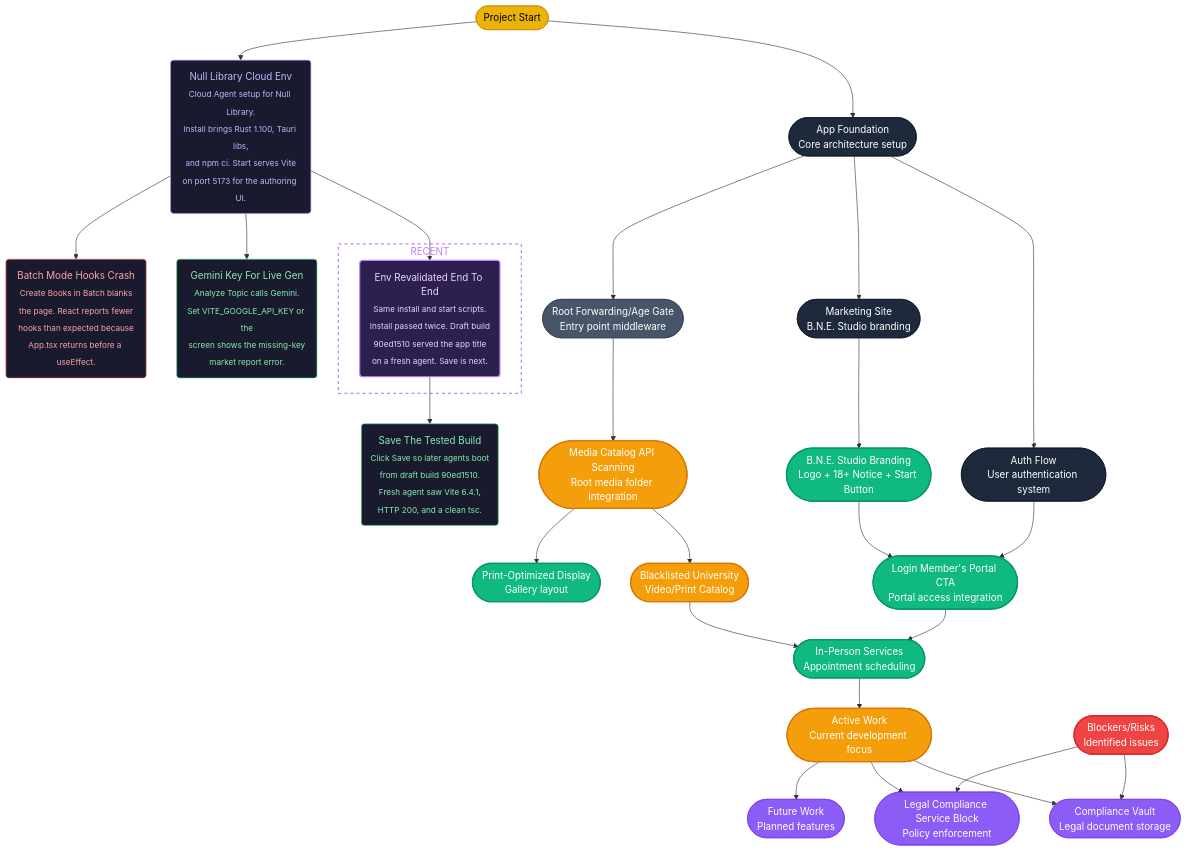
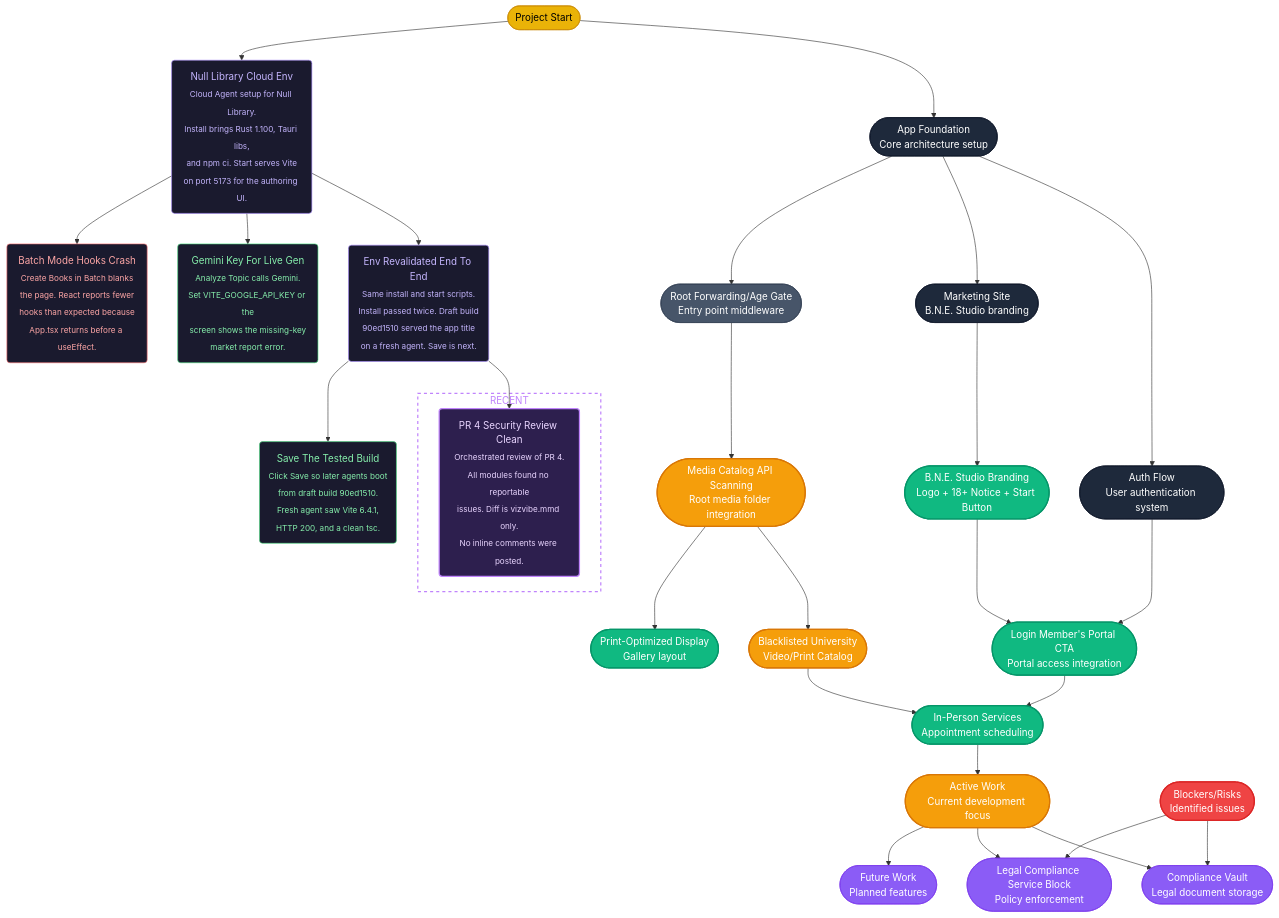
The diagram in vizvibe.mmd (crazyrob425/bne-agency), drawn with Mermaid before and after one commit.

Commit message:
Record the clean security review of PR 4 on the trajectory map.
The orchestrated review found no reportable issues; the PR only
updates vizvibe.mmd, so this node closes that pass and becomes
the recent highlight.

```diff
--- a/vizvibe.mmd
+++ b/vizvibe.mmd
@@ -1,127 +1,132 @@
 flowchart TD
-    %% @lastActive: env_revalidate
+    %% @lastActive: pr4_security_review
     %% Ultimate Goal: B.N.E. Studio as a branded member portal
     %% Current Goal: Save Null Library draft build 90ed1510
 
     %% Mermaid theme configuration
     classDef closed fill:#475569,stroke:#334155,color:#fff,stroke-width:1px
     classDef opened fill:#10b981,stroke:#059669,color:#fff,stroke-width:2px
     classDef in_progress fill:#f59e0b,stroke:#d97706,color:#fff,stroke-width:2px
     classDef future fill:#8b5cf6,stroke:#7c3aed,color:#fff,stroke-width:1px
     
     %% Color scheme: Gold(#eab308) Black(#1e293b) Purple(#8b5cf6) Green(#10b981)
 
     %% @node [closed]
     project_start(["Project Start"]):::closed
     
     %% @node [closed]
     app_foundation(["App Foundation<br/>Core architecture setup"]):::closed
     
     %% @node [closed]
     auth_flow(["Auth Flow<br/>User authentication system"]):::closed
     
     %% @node [closed]
     marketing_site(["Marketing Site<br/>B.N.E. Studio branding"]):::closed
     
     %% @node [opened]
     bne_studio(["B.N.E. Studio Branding<br/>Logo + 18+ Notice + Start Button"]):::opened
     
     %% @node [opened]
     login_portal(["Login Member's Portal CTA<br/>Portal access integration"]):::opened
     
     %% @node [in_progress]
     media_catalog_api(["Media Catalog API Scanning<br/>Root media folder integration"]):::in_progress
     
     %% @node [in_progress]
     blacklisted_university(["Blacklisted University<br/>Video/Print Catalog"]):::in_progress
     
     %% @node [opened]
     print_optimized(["Print-Optimized Display<br/>Gallery layout"]):::opened
     
     %% @node [opened]
     in_person_services(["In-Person Services<br/>Appointment scheduling"]):::opened
     
     %% @node [future]
     compliance_vault(["Compliance Vault<br/>Legal document storage"]):::future
     
     %% @node [future]
     legal_compliance(["Legal Compliance Service Block<br/>Policy enforcement"]):::future
     
     %% @node [opened]
     active_work(["Active Work<br/>Current development focus"]):::opened
     
     %% @node [opened]
     blockers_risks(["Blockers/Risks<br/>Identified issues"]):::opened
     
     %% @node [future]
     future_work(["Future Work<br/>Planned features"]):::future
     
     %% @node [closed]
     root_forwarding(["Root Forwarding/Age Gate<br/>Entry point middleware"]):::closed
 
     %% @cloud_agent_env [ai-task, closed, 2026-11-20, rob]
     cloud_agent_env("Null Library Cloud Env<br/><sub>Cloud Agent setup for Null Library.<br/>Install brings Rust 1.100, Tauri libs,<br/>and npm ci. Start serves Vite<br/>on port 5173 for the authoring UI.</sub>")
 
     %% @env_revalidate [ai-task, closed, 2026-11-21, rob]
     env_revalidate("Env Revalidated End To End<br/><sub>Same install and start scripts.<br/>Install passed twice. Draft build<br/>90ed1510 served the app title<br/>on a fresh agent. Save is next.</sub>")
 
+    %% @pr4_security_review [ai-task, closed, 2026-11-21, cursor]
+    pr4_security_review("PR 4 Security Review Clean<br/><sub>Orchestrated review of PR 4.<br/>All modules found no reportable<br/>issues. Diff is vizvibe.mmd only.<br/>No inline comments were posted.</sub>")
+
     %% @save_cloud_env [human-task, opened, 2026-11-21, rob]
     save_cloud_env("Save The Tested Build<br/><sub>Click Save so later agents boot<br/>from draft build 90ed1510.<br/>Fresh agent saw Vite 6.4.1,<br/>HTTP 200, and a clean tsc.</sub>")
 
     %% @gemini_key [human-task, opened, 2026-11-20, rob]
     gemini_key("Gemini Key For Live Gen<br/><sub>Analyze Topic calls Gemini.<br/>Set VITE_GOOGLE_API_KEY or the<br/>screen shows the missing-key<br/>market report error.</sub>")
 
     %% @batch_hooks_bug [blocker, opened, 2026-11-20, rob]
     batch_hooks_bug("Batch Mode Hooks Crash<br/><sub>Create Books in Batch blanks<br/>the page. React reports fewer<br/>hooks than expected because<br/>App.tsx returns before a useEffect.</sub>")
 
     subgraph recent [RECENT]
-        env_revalidate
+        pr4_security_review
     end
     
     %% Connections
     project_start --> app_foundation
     app_foundation --> auth_flow
     app_foundation --> marketing_site
     auth_flow --> login_portal
     marketing_site --> bne_studio
     bne_studio --> login_portal
     login_portal --> in_person_services
     app_foundation --> root_forwarding
     root_forwarding --> media_catalog_api
     media_catalog_api --> blacklisted_university
     media_catalog_api --> print_optimized
     blacklisted_university --> in_person_services
     in_person_services --> active_work
     active_work --> compliance_vault
     active_work --> legal_compliance
     active_work --> future_work
     blockers_risks --> compliance_vault
     blockers_risks --> legal_compliance
     project_start --> cloud_agent_env
     cloud_agent_env --> env_revalidate
+    env_revalidate --> pr4_security_review
     env_revalidate --> save_cloud_env
     cloud_agent_env --> gemini_key
     cloud_agent_env --> batch_hooks_bug
     
     style project_start fill:#eab308,stroke:#ca8a04,color:#000
     style app_foundation fill:#1e293b,stroke:#0f172a,color:#fff
     style auth_flow fill:#1e293b,stroke:#0f172a,color:#fff
     style marketing_site fill:#1e293b,stroke:#0f172a,color:#fff
     style bne_studio fill:#10b981,stroke:#059669,color:#fff
     style login_portal fill:#10b981,stroke:#059669,color:#fff
     style media_catalog_api fill:#f59e0b,stroke:#d97706,color:#fff
     style blacklisted_university fill:#f59e0b,stroke:#d97706,color:#fff
     style print_optimized fill:#10b981,stroke:#059669,color:#fff
     style in_person_services fill:#10b981,stroke:#059669,color:#fff
     style root_forwarding fill:#475569,stroke:#334155,color:#fff
     style compliance_vault fill:#8b5cf6,stroke:#7c3aed,color:#fff
     style legal_compliance fill:#8b5cf6,stroke:#7c3aed,color:#fff
     style active_work fill:#f59e0b,stroke:#d97706,color:#fff
     style blockers_risks fill:#ef4444,stroke:#dc2626,color:#fff
     style future_work fill:#8b5cf6,stroke:#7c3aed,color:#fff
     style cloud_agent_env fill:#1a1a2e,stroke:#a78bfa,color:#c4b5fd,stroke-width:1px
-    style env_revalidate fill:#2d1f4e,stroke:#c084fc,color:#e9d5ff,stroke-width:2px
+    style env_revalidate fill:#1a1a2e,stroke:#a78bfa,color:#c4b5fd,stroke-width:1px
+    style pr4_security_review fill:#2d1f4e,stroke:#c084fc,color:#e9d5ff,stroke-width:2px
     style recent fill:transparent,stroke:#c084fc,color:#c084fc,stroke-width:2px,stroke-dasharray:5 5
     style save_cloud_env fill:#1a1a2e,stroke:#4ade80,color:#86efac,stroke-width:1px
     style gemini_key fill:#1a1a2e,stroke:#4ade80,color:#86efac,stroke-width:1px
     style batch_hooks_bug fill:#1a1a2e,stroke:#f87171,color:#fca5a5,stroke-width:1px
```
